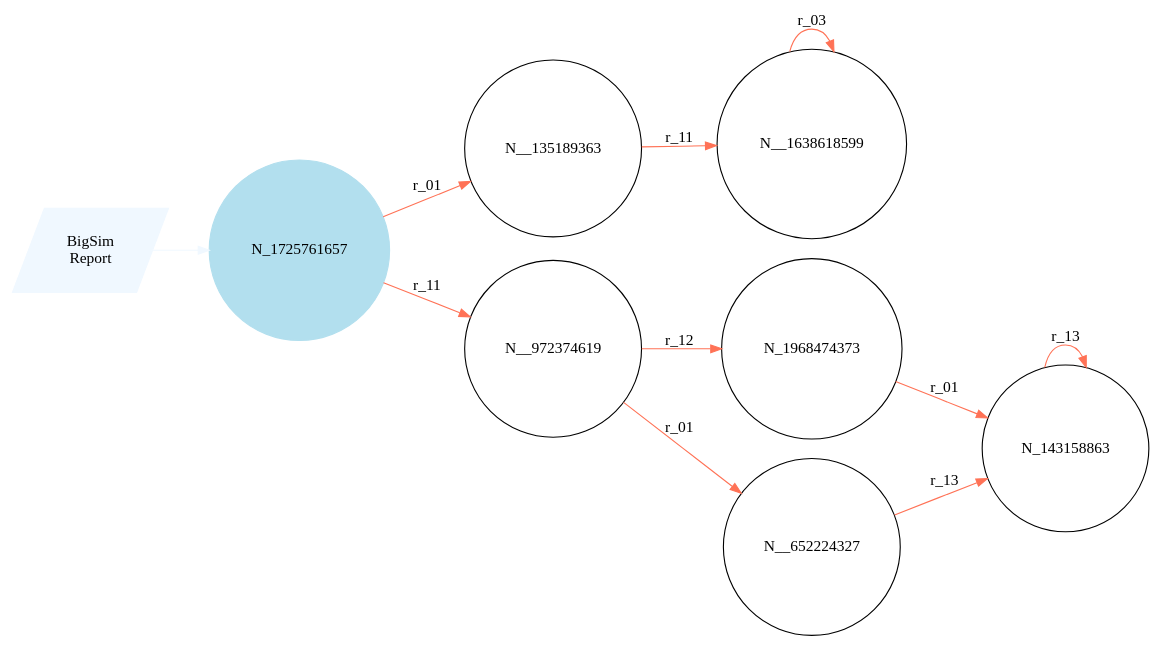
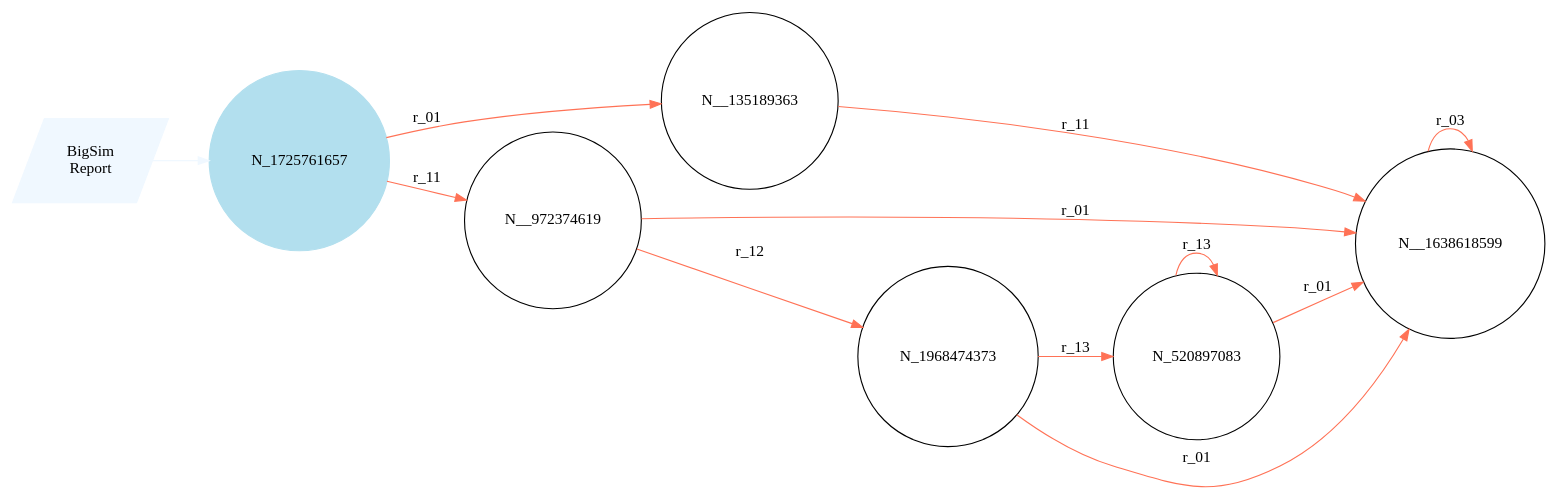
The diagram in Examples/111/results/CriticalZone.dot (wangmin1409/BigSim), drawn with Graphviz before and after one commit. The commit also changed 3 other files, not shown here.

```diff
--- a/Examples/111/results/CriticalZone.dot
+++ b/Examples/111/results/CriticalZone.dot
@@ -1,25 +1,25 @@
 digraph reaction_graph {
    rankdir=LR;
    Node [shape = circle];
    BigSim_Report [shape = parallelogram color = aliceblue style=filled label="BigSim
 Report"];
 BigSim_Report -> N_1725761657[color = aliceblue label = ""];
  N_1725761657
  [shape=circle, color=lightblue2, style=filled];
+N_520897083[ label="N_520897083"];
+ N_520897083 -> N__1638618599[ color = coral1 label = "r_01"];
+ N_520897083 -> N_520897083[ color = coral1 label = "r_13"];
 N_1968474373[ label="N_1968474373"];
- N_1968474373 -> N_143158863[ color = coral1 label = "r_01"];
+ N_1968474373 -> N__1638618599[ color = coral1 label = "r_01"];
+ N_1968474373 -> N_520897083[ color = coral1 label = "r_13"];
 N__135189363[ label="N__135189363"];
  N__135189363 -> N__1638618599[ color = coral1 label = "r_11"];
 N__972374619[ label="N__972374619"];
- N__972374619 -> N__652224327[ color = coral1 label = "r_01"];
  N__972374619 -> N_1968474373[ color = coral1 label = "r_12"];
+ N__972374619 -> N__1638618599[ color = coral1 label = "r_01"];
 N_1725761657[ label="N_1725761657"];
  N_1725761657 -> N__972374619[ color = coral1 label = "r_11"];
  N_1725761657 -> N__135189363[ color = coral1 label = "r_01"];
-N_143158863[ label="N_143158863"];
- N_143158863 -> N_143158863[ color = coral1 label = "r_13"];
 N__1638618599[ label="N__1638618599"];
  N__1638618599 -> N__1638618599[ color = coral1 label = "r_03"];
-N__652224327[ label="N__652224327"];
- N__652224327 -> N_143158863[ color = coral1 label = "r_13"];
 }
```
